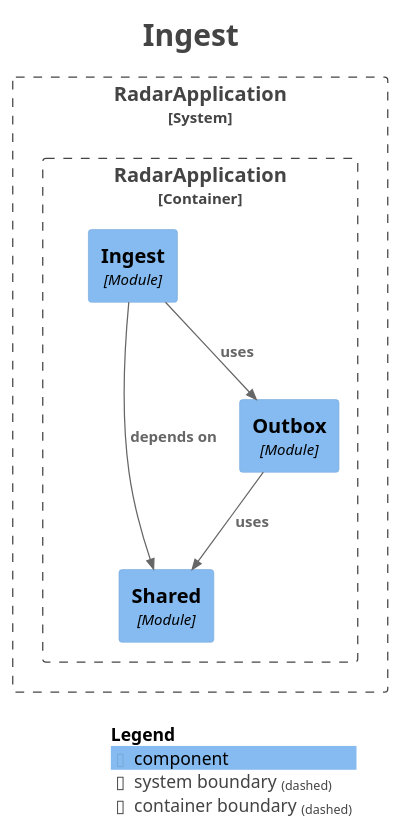
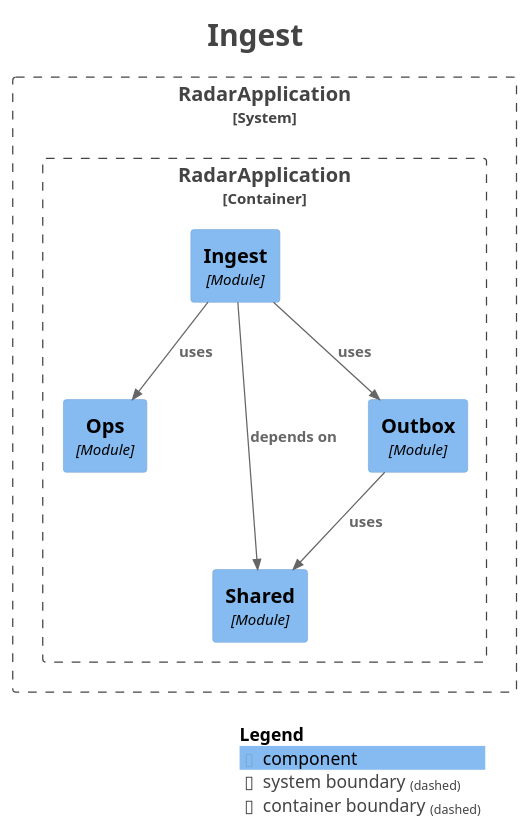
One commit to MiguelSanzBr/radar-licitacoes changed the diagram in docs/modules/module-ingest.puml. Above: the diagram before and after it, drawn with PlantUML. The commit also changed 118 other files, not shown here.

```diff
--- a/docs/modules/module-ingest.puml
+++ b/docs/modules/module-ingest.puml
@@ -1,33 +1,35 @@
 @startuml
 title <size:24>Ingest</size>
 
 set separator none
 top to bottom direction
 
 <style>
   root {
     BackgroundColor: #ffffff
     FontColor: #444444
   }
 </style>
 
 !include <C4/C4>
 !include <C4/C4_Context>
 !include <C4/C4_Component>
 
 System_Boundary("RadarApplication_boundary", "RadarApplication", $tags="") {
   Container_Boundary("RadarApplication.RadarApplication_boundary", "RadarApplication", $tags="") {
     Component(RadarApplication.RadarApplication.Ingest, "Ingest", $techn="Module", $descr="", $tags="", $link="")
+    Component(RadarApplication.RadarApplication.Ops, "Ops", $techn="Module", $descr="", $tags="", $link="")
     Component(RadarApplication.RadarApplication.Shared, "Shared", $techn="Module", $descr="", $tags="", $link="")
     Component(RadarApplication.RadarApplication.Outbox, "Outbox", $techn="Module", $descr="", $tags="", $link="")
   }
 
 }
 
 Rel(RadarApplication.RadarApplication.Outbox, RadarApplication.RadarApplication.Shared, "uses", $techn="", $tags="", $link="")
 Rel(RadarApplication.RadarApplication.Ingest, RadarApplication.RadarApplication.Shared, "depends on", $techn="", $tags="", $link="")
+Rel(RadarApplication.RadarApplication.Ingest, RadarApplication.RadarApplication.Ops, "uses", $techn="", $tags="", $link="")
 Rel(RadarApplication.RadarApplication.Ingest, RadarApplication.RadarApplication.Outbox, "uses", $techn="", $tags="", $link="")
 
 SHOW_LEGEND(true)
 hide stereotypes
 @enduml
```
